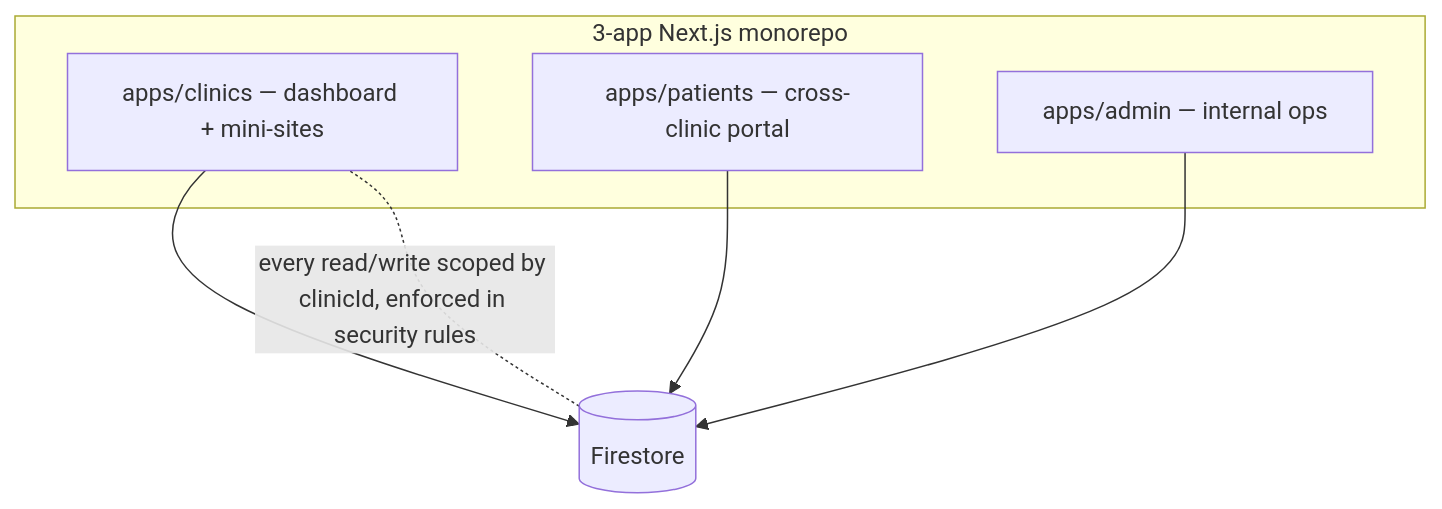
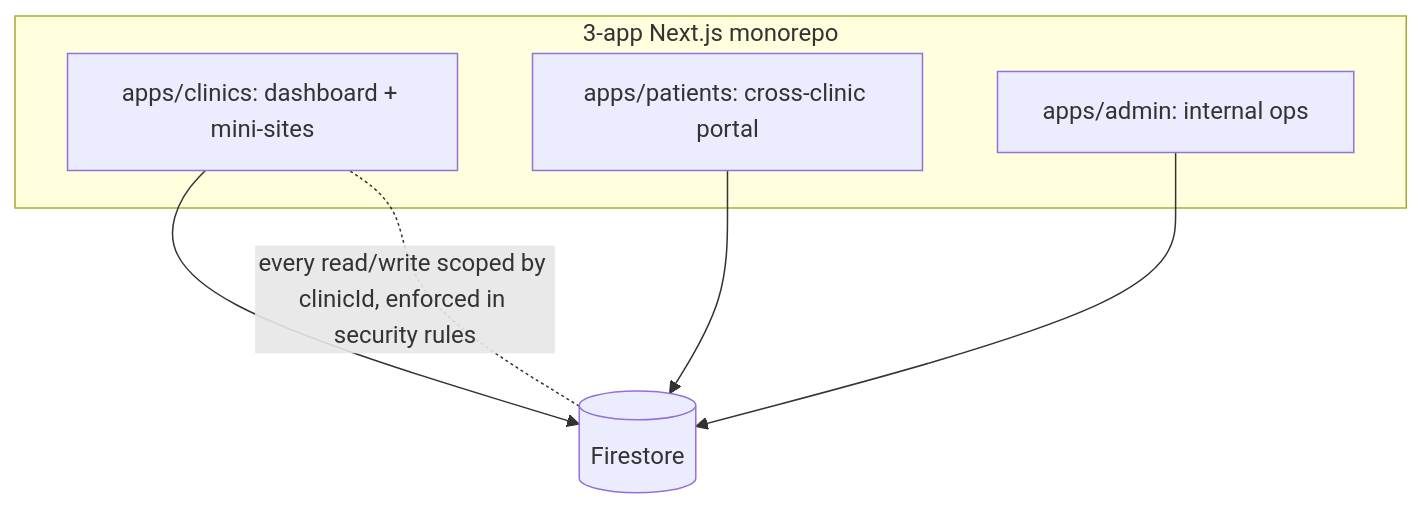
One commit to junaiid-khattak/portfolio-agent changed the first of 2 diagrams in content/case-studies/clinicsynch.mdx. Above: the diagram before and after it, drawn with Mermaid. The commit also changed other lines of this file and 25 other files, not shown here.

````diff
--- a/content/case-studies/clinicsynch.mdx
+++ b/content/case-studies/clinicsynch.mdx
@@ -16,13 +16,13 @@
 ```mermaid
 flowchart TD
   subgraph Apps["3-app Next.js monorepo"]
-    CL["apps/clinics — dashboard + mini-sites"]
-    PT["apps/patients — cross-clinic portal"]
-    AD["apps/admin — internal ops"]
+    CL["apps/clinics: dashboard + mini-sites"]
+    PT["apps/patients: cross-clinic portal"]
+    AD["apps/admin: internal ops"]
   end
   FS[(Firestore)]
   CL --> FS
   PT --> FS
   AD --> FS
   FS -. "every read/write scoped by clinicId, enforced in security rules" .- CL
 ```
````
